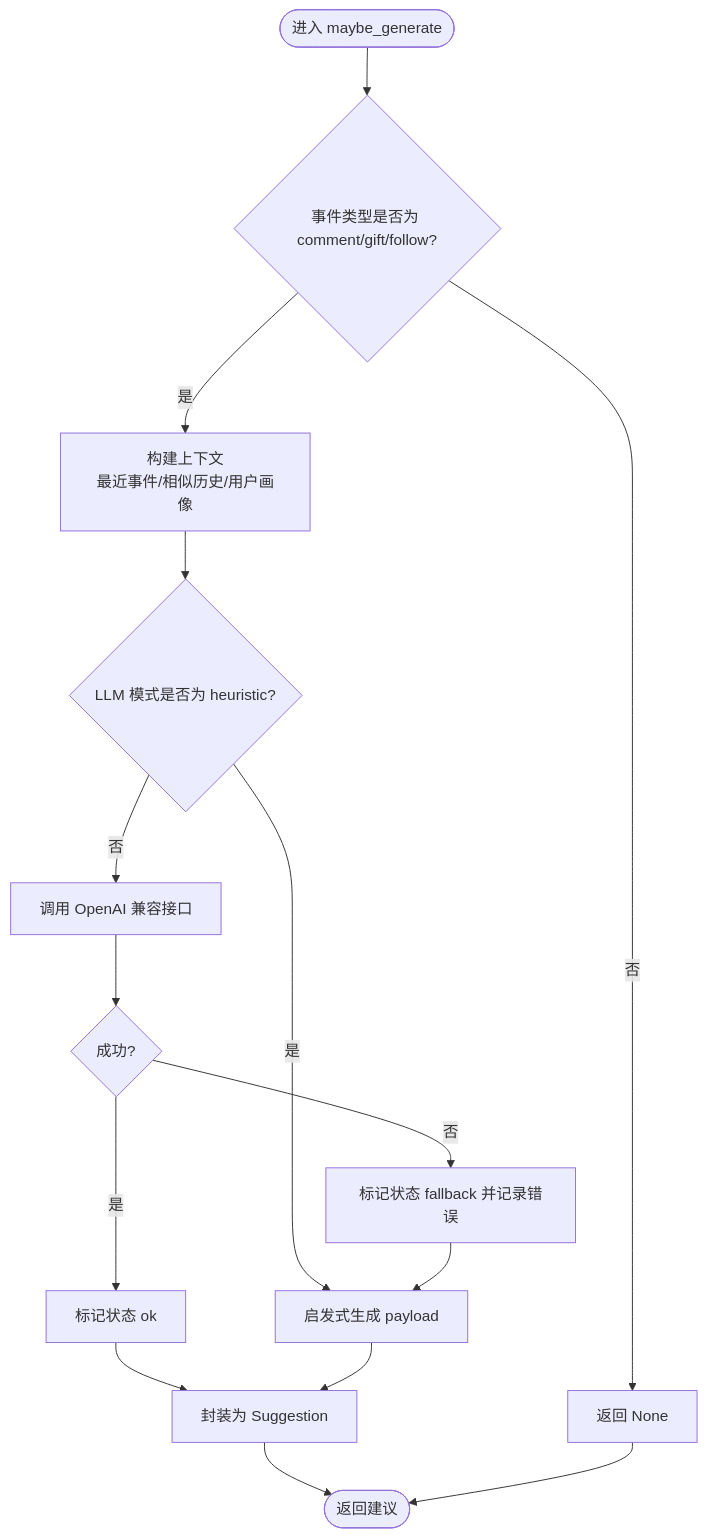
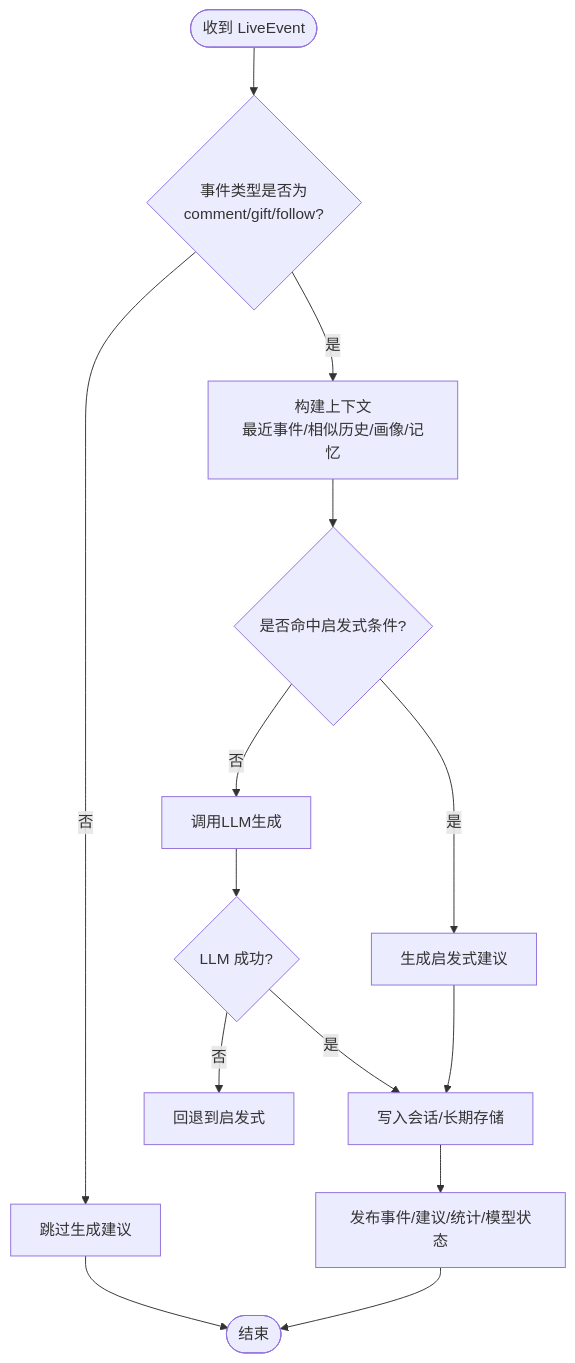
Before and after one commit to Moon-Force/DouYin_llm: the fourth of 5 diagrams in .qoder/repowiki/zh/content/开发指南/开发指南.md, drawn with Mermaid. The commit also changed other lines of this file and 218 other files, not shown here.

````diff
--- a/.qoder/repowiki/zh/content/开发指南/开发指南.md
+++ b/.qoder/repowiki/zh/content/开发指南/开发指南.md
@@ -229,15 +203,16 @@
 ```mermaid
 flowchart TD
-Start(["进入 maybe_generate"]) --> TypeCheck{"事件类型是否为 comment/gift/follow?"}
-TypeCheck --> |否| ReturnNone["返回 None"]
-TypeCheck --> |是| BuildCtx["构建上下文<br/>最近事件/相似历史/用户画像"]
-BuildCtx --> Mode{"LLM 模式是否为 heuristic?"}
-Mode --> |是| Heu["启发式生成 payload"]
-Mode --> |否| CallLLM["调用 OpenAI 兼容接口"]
-CallLLM --> Ok{"成功?"}
-Ok --> |是| MarkOk["标记状态 ok"] --> ToSugg["封装为 Suggestion"]
-Ok --> |否| MarkFB["标记状态 fallback 并记录错误"] --> Heu
-Heu --> ToSugg
-ToSugg --> End(["返回建议"])
-ReturnNone --> End
+Start(["收到 LiveEvent"]) --> Type{"事件类型是否为<br/>comment/gift/follow?"}
+Type --> |否| Skip["跳过生成建议"]
+Type --> |是| Build["构建上下文<br/>最近事件/相似历史/画像/记忆"]
+Build --> Heur{"是否命中启发式条件?"}
+Heur --> |是| GenHeur["生成启发式建议"]
+Heur --> |否| CallLLM["调用LLM生成"]
+CallLLM --> Ok{"LLM 成功?"}
+Ok --> |是| Save["写入会话/长期存储"]
+Ok --> |否| Fallback["回退到启发式"]
+GenHeur --> Save
+Save --> Publish["发布事件/建议/统计/模型状态"]
+Skip --> End(["结束"])
+Publish --> End
 ```
````
